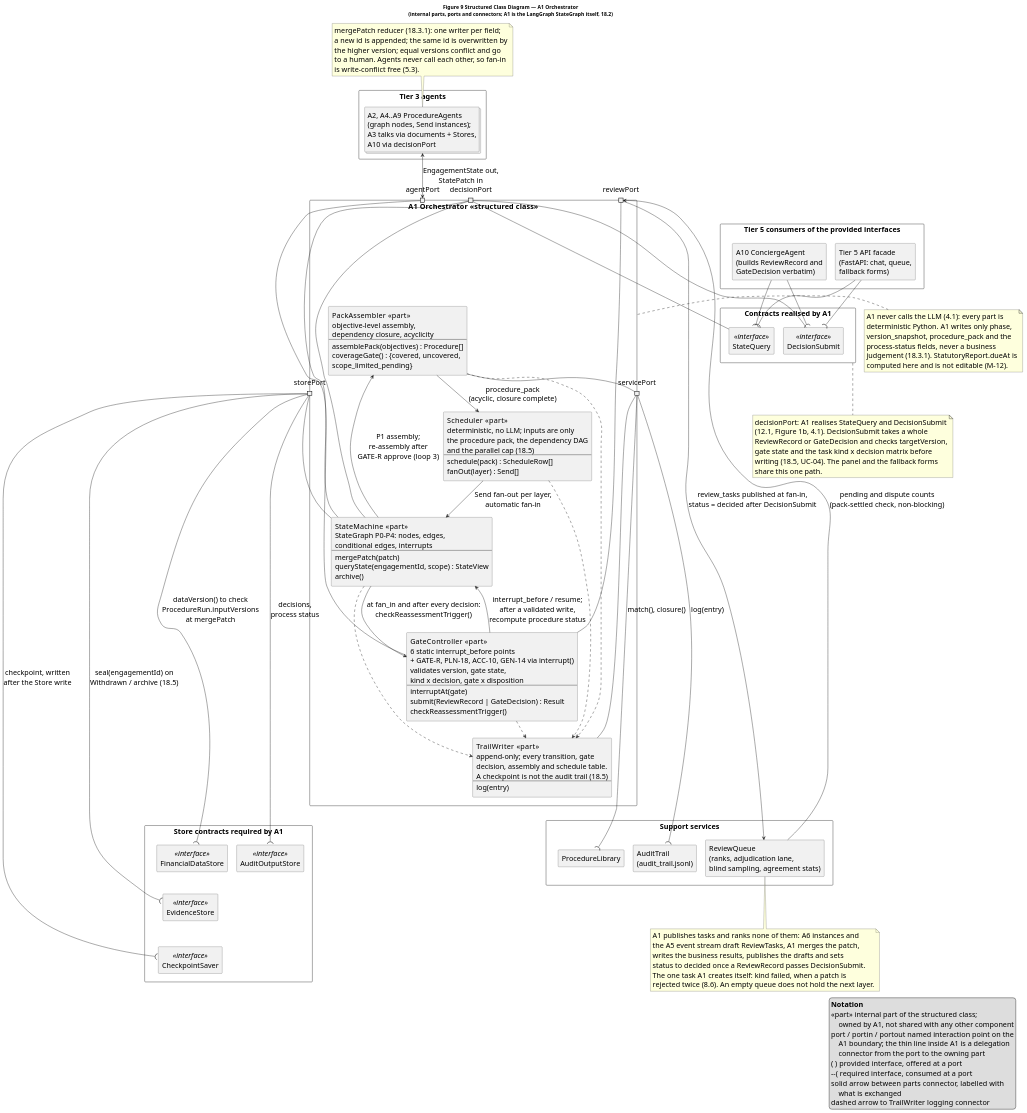
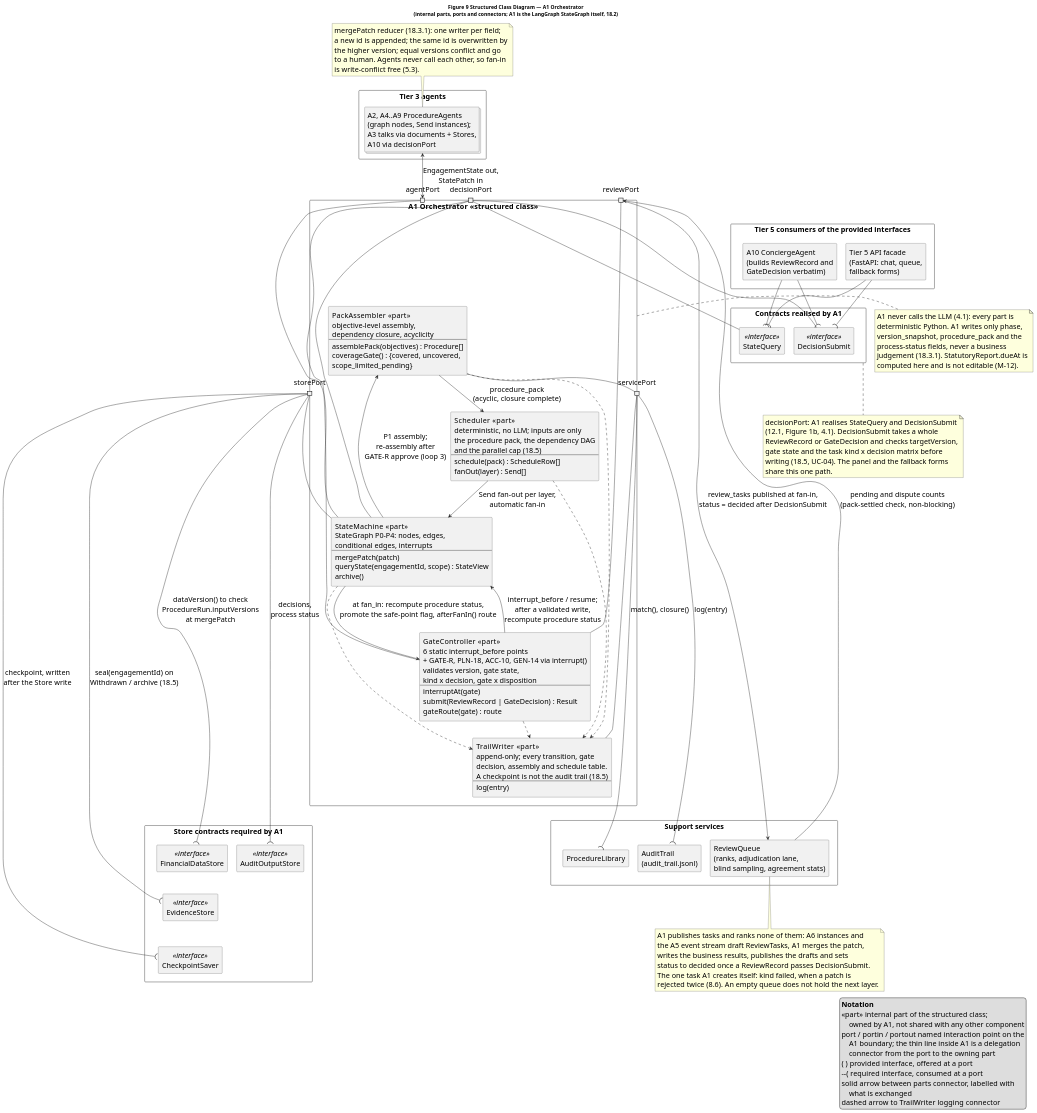
The diagram in diagrams/structured_class_a1.puml (SilverHim/audit-agent), drawn with PlantUML before and after one commit. The commit also changed 31 other files, not shown here.

```diff
--- a/diagrams/structured_class_a1.puml
+++ b/diagrams/structured_class_a1.puml
@@ -1,162 +1,162 @@
 @startuml structured_class_a1
 title Figure 9  Structured Class Diagram — A1 Orchestrator\n(internal parts, ports and connectors; A1 is the LangGraph StateGraph itself, 18.2)
 
 skinparam componentStyle rectangle
 skinparam packageStyle rectangle
 skinparam shadowing false
 skinparam defaultFontSize 20
 skinparam legendFontSize 20
 skinparam nodesep 25
 skinparam ranksep 45
 
 ' ================= External collaborators =================
 package "Tier 5 consumers of the provided interfaces" as T5 {
   component "A10 ConciergeAgent\n(builds ReviewRecord and\nGateDecision verbatim)" as A10
   component "Tier 5 API facade\n(FastAPI: chat, queue,\nfallback forms)" as API
 }
 
 package "Contracts realised by A1" as PROV {
   component "StateQuery" <<interface>> as SQ
   component "DecisionSubmit" <<interface>> as DSUB
 }
 
 package "Tier 3 agents" as T3 {
   collections "A2, A4..A9 ProcedureAgents\n(graph nodes, Send instances);\nA3 talks via documents + Stores,\nA10 via decisionPort" as AG
 }
 
 package "Support services" as SV {
   component "ReviewQueue\n(ranks, adjudication lane,\nblind sampling, agreement stats)" as RQ
   component "ProcedureLibrary" as PL
   component "AuditTrail\n(audit_trail.jsonl)" as AT
 }
 
 package "Store contracts required by A1" as STO {
   component "AuditOutputStore" <<interface>> as AOS
   component "FinancialDataStore" <<interface>> as FDS
   component "EvidenceStore" <<interface>> as ES
   component "CheckpointSaver" <<interface>> as CKS
 }
 
 ' ================= The structured class =================
 component "A1 Orchestrator   <<structured class>>" as A1 {
 
   portin decisionPort
   port agentPort
   port reviewPort
   portout storePort
   portout servicePort
 
   component "StateMachine   <<part>>\nStateGraph P0–P4: nodes, edges,\nconditional edges, interrupts\n--\nmergePatch(patch)\nqueryState(engagementId, scope) : StateView\narchive()" as SM
-  component "GateController   <<part>>\n6 static interrupt_before points\n+ GATE-R, PLN-18, ACC-10, GEN-14 via interrupt()\nvalidates version, gate state,\nkind x decision, gate x disposition\n--\ninterruptAt(gate)\nsubmit(ReviewRecord | GateDecision) : Result\ncheckReassessmentTrigger()" as GC
+  component "GateController   <<part>>\n6 static interrupt_before points\n+ GATE-R, PLN-18, ACC-10, GEN-14 via interrupt()\nvalidates version, gate state,\nkind x decision, gate x disposition\n--\ninterruptAt(gate)\nsubmit(ReviewRecord | GateDecision) : Result\ngateRoute(gate) : route" as GC
   component "PackAssembler   <<part>>\nobjective-level assembly,\ndependency closure, acyclicity\n--\nassemblePack(objectives) : Procedure[]\ncoverageGate() : {covered, uncovered,\nscope_limited_pending}" as PA
   component "Scheduler   <<part>>\ndeterministic, no LLM; inputs are only\nthe procedure pack, the dependency DAG\nand the parallel cap (18.5)\n--\nschedule(pack) : ScheduleRow[]\nfanOut(layer) : Send[]" as SCH
   component "TrailWriter   <<part>>\nappend-only; every transition, gate\ndecision, assembly and schedule table.\nA checkpoint is not the audit trail (18.5)\n--\nlog(entry)" as TW
 
   ' ---- connectors between parts ----
   SM --> PA : P1 assembly;\nre-assembly after\nGATE-R approve (loop 3)
   PA --> SCH : procedure_pack\n(acyclic, closure complete)
   SCH --> SM : Send fan-out per layer,\nautomatic fan-in
-  SM --> GC : at fan_in and after every decision:\ncheckReassessmentTrigger()
+  SM --> GC : at fan_in: recompute procedure status,\npromote the safe-point flag, afterFanIn() route
   GC --> SM : interrupt_before / resume;\nafter a validated write,\nrecompute procedure status
 
   ' ---- every part logs ----
   SM ..> TW
   GC ..> TW
   PA ..> TW
   SCH ..> TW
 
   ' ---- port delegation ----
   decisionPort -- GC
   decisionPort -- SM
   agentPort -- SM
   reviewPort -- GC
   storePort -- SM
   servicePort -- PA
   servicePort -- TW
 }
 
 ' ================= Port wiring =================
 AG <--> agentPort : EngagementState out,\nStatePatch in
 reviewPort --> RQ : review_tasks published at fan-in,\nstatus = decided after DecisionSubmit
 RQ --> reviewPort : pending and dispute counts\n(pack-settled check, non-blocking)
 
 storePort --( AOS : decisions,\nprocess status
 storePort --( FDS : dataVersion() to check\nProcedureRun.inputVersions\nat mergePatch
 storePort --( ES : seal(engagementId) on\nWithdrawn / archive (18.5)
 storePort --( CKS : checkpoint, written\nafter the Store write
 servicePort --( PL : match(), closure()
 servicePort --( AT : log(entry)
 
 decisionPort -- SQ
 decisionPort -- DSUB
 A10 --( SQ
 A10 --( DSUB
 API --( SQ
 API --( DSUB
 
 ' ================= Notes =================
 note right of A1
   A1 never calls the LLM (4.1): every part is
   deterministic Python. A1 writes only phase,
   version_snapshot, procedure_pack and the
   process-status fields, never a business
   judgement (18.3.1). StatutoryReport.dueAt is
   computed here and is not editable (M-12).
 end note
 
 note top of AG
   mergePatch reducer (18.3.1): one writer per field;
   a new id is appended; the same id is overwritten by
   the higher version; equal versions conflict and go
   to a human. Agents never call each other, so fan-in
   is write-conflict free (5.3).
 end note
 
 note bottom of RQ
   A1 publishes tasks and ranks none of them: A6 instances and
   the A5 event stream draft ReviewTasks, A1 merges the patch,
   writes the business results, publishes the drafts and sets
   status to decided once a ReviewRecord passes DecisionSubmit.
   The one task A1 creates itself: kind failed, when a patch is
   rejected twice (8.6). An empty queue does not hold the next layer.
 end note
 
 note bottom of PROV
   decisionPort: A1 realises StateQuery and DecisionSubmit
   (12.1, Figure 1b, 4.1). DecisionSubmit takes a whole
   ReviewRecord or GateDecision and checks targetVersion,
   gate state and the task kind x decision matrix before
   writing (18.5, UC-04). The panel and the fallback forms
   share this one path.
 end note
 
 ' ================= Legend =================
 legend right
   <b>Notation</b>
   <<part>>  internal part of the structured class;
       owned by A1, not shared with any other component
   port / portin / portout  named interaction point on the
       A1 boundary; the thin line inside A1 is a delegation
       connector from the port to the owning part
   ( )  provided interface, offered at a port
   --(  required interface, consumed at a port
   solid arrow between parts  connector, labelled with
       what is exchanged
   dashed arrow to TrailWriter  logging connector
 endlegend
 
 ' ================= Layout hints =================
 A10 -[hidden]right- API
 SQ -[hidden]right- DSUB
 PA -[hidden]right- PROV
 PROV -[hidden]down- T5
 AOS -[hidden]right- FDS
 FDS -[hidden]right- ES
 ES -[hidden]right- CKS
 AOS -[hidden]down- CKS
 PL -[hidden]right- AT
 AT -[hidden]right- RQ
 TW -[hidden]down- AOS
 TW -[hidden]down- PL
 STO -[hidden]right- SV
 @enduml
```
